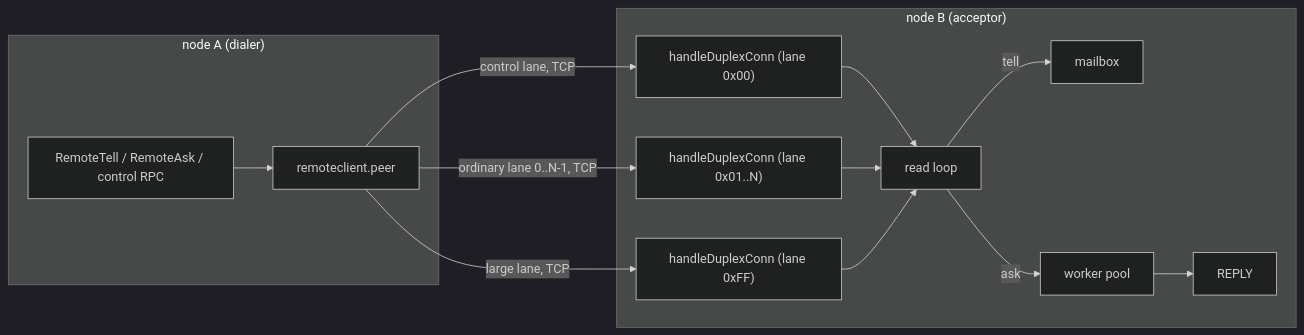
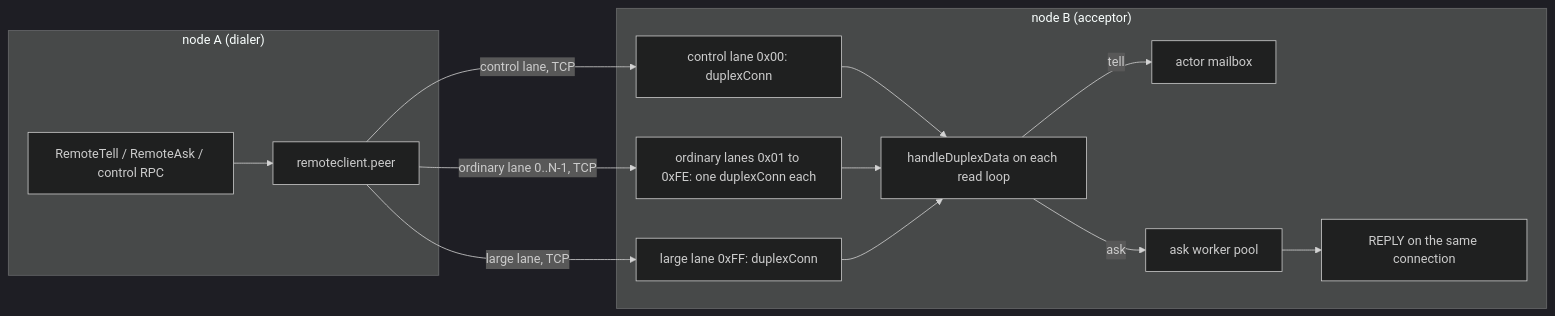
One commit to Tochemey/goakt changed the first of 3 diagrams in book/chapters/chap-15.md. Above: the diagram before and after it, drawn with Mermaid (dark theme). The commit also changed other lines of this file and 27 other files, not shown here.

````diff
--- a/book/chapters/chap-15.md
+++ b/book/chapters/chap-15.md
@@ -122,26 +122,26 @@
 ```mermaid
 flowchart LR
     subgraph nodeA["node A (dialer)"]
         api["RemoteTell / RemoteAsk / control RPC"] --> peer["remoteclient.peer"]
     end
 
     subgraph nodeB["node B (acceptor)"]
-        h0["handleDuplexConn (lane 0x00)"]
-        h1["handleDuplexConn (lane 0x01..N)"]
-        hf["handleDuplexConn (lane 0xFF)"]
-        rl["read loop"]
-        mb["mailbox"]
-        wp["worker pool"]
-        rep["REPLY"]
-        h0 --> rl
-        h1 --> rl
-        hf --> rl
-        rl -->|"tell"| mb
-        rl -->|"ask"| wp
+        h0["control lane 0x00: duplexConn"]
+        h1["ordinary lanes 0x01 to 0xFE: one duplexConn each"]
+        hf["large lane 0xFF: duplexConn"]
+        hd["handleDuplexData on each read loop"]
+        mb["actor mailbox"]
+        wp["ask worker pool"]
+        rep["REPLY on the same connection"]
+        h0 --> hd
+        h1 --> hd
+        hf --> hd
+        hd -->|"tell"| mb
+        hd -->|"ask"| wp
         wp --> rep
     end
 
     peer -->|"control lane, TCP"| h0
     peer -->|"ordinary lane 0..N-1, TCP"| h1
     peer -->|"large lane, TCP"| hf
 ```
````
